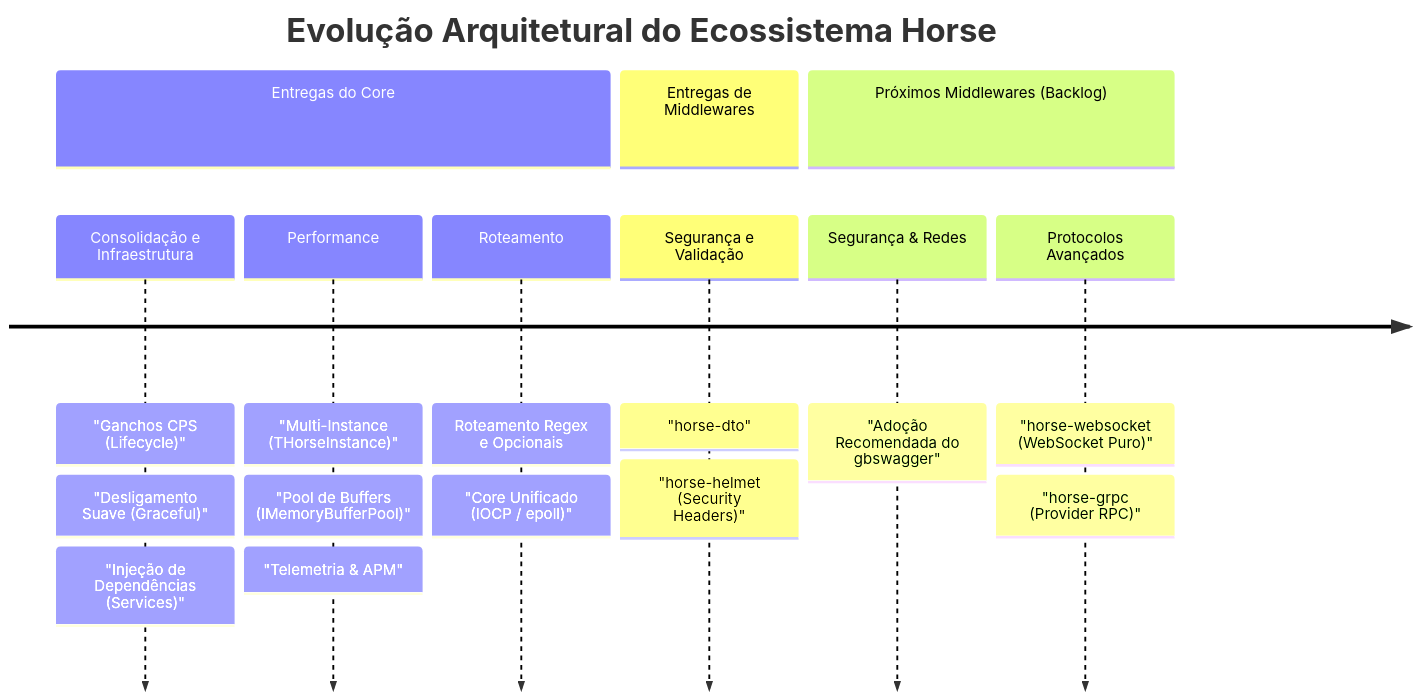
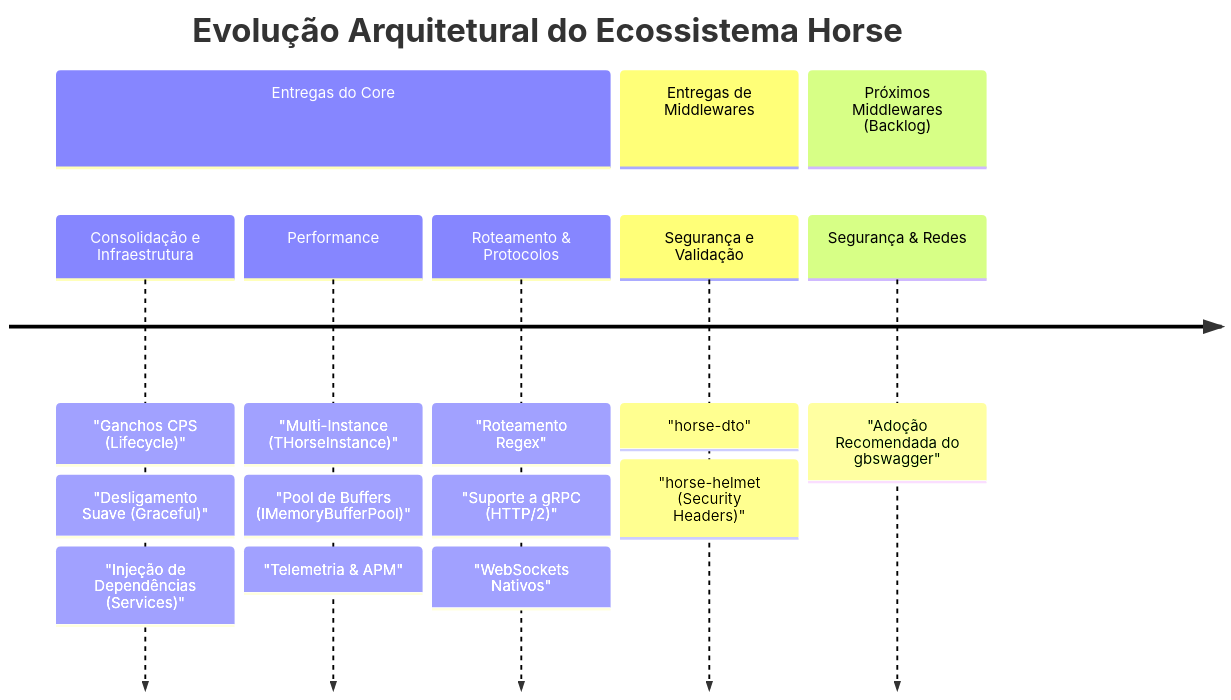
One commit to HashLoad/horse changed the diagram in doc/roadmap/README.md. Above: the diagram before and after it, drawn with Mermaid. The commit also changed other lines of this file and 25 other files, not shown here.

Commit message:
feat(websocket): native WebSocket RFC 6455 support and multi-compiler stability fixes

````diff
--- a/doc/roadmap/README.md
+++ b/doc/roadmap/README.md
@@ -14,13 +14,12 @@
 ```mermaid
 timeline
     title Evolução Arquitetural do Ecossistema Horse
     section Entregas do Core
         Consolidação e Infraestrutura : "Ganchos CPS (Lifecycle)" : "Desligamento Suave (Graceful)" : "Injeção de Dependências (Services)"
         Performance : "Multi-Instance (THorseInstance)" : "Pool de Buffers (IMemoryBufferPool)" : "Telemetria & APM"
-        Roteamento : Roteamento Regex e Opcionais : "Core Unificado (IOCP / epoll)"
+        Roteamento & Protocolos : "Roteamento Regex" : "Suporte a gRPC (HTTP/2)" : "WebSockets Nativos"
     section Entregas de Middlewares
         Segurança e Validação : "horse-dto" : "horse-helmet (Security Headers)"
     section Próximos Middlewares (Backlog)
         Segurança & Redes : "Adoção Recomendada do gbswagger"
-        Protocolos Avançados : "horse-websocket (WebSocket Puro)" : "horse-grpc (Provider RPC)"
 ```
````
